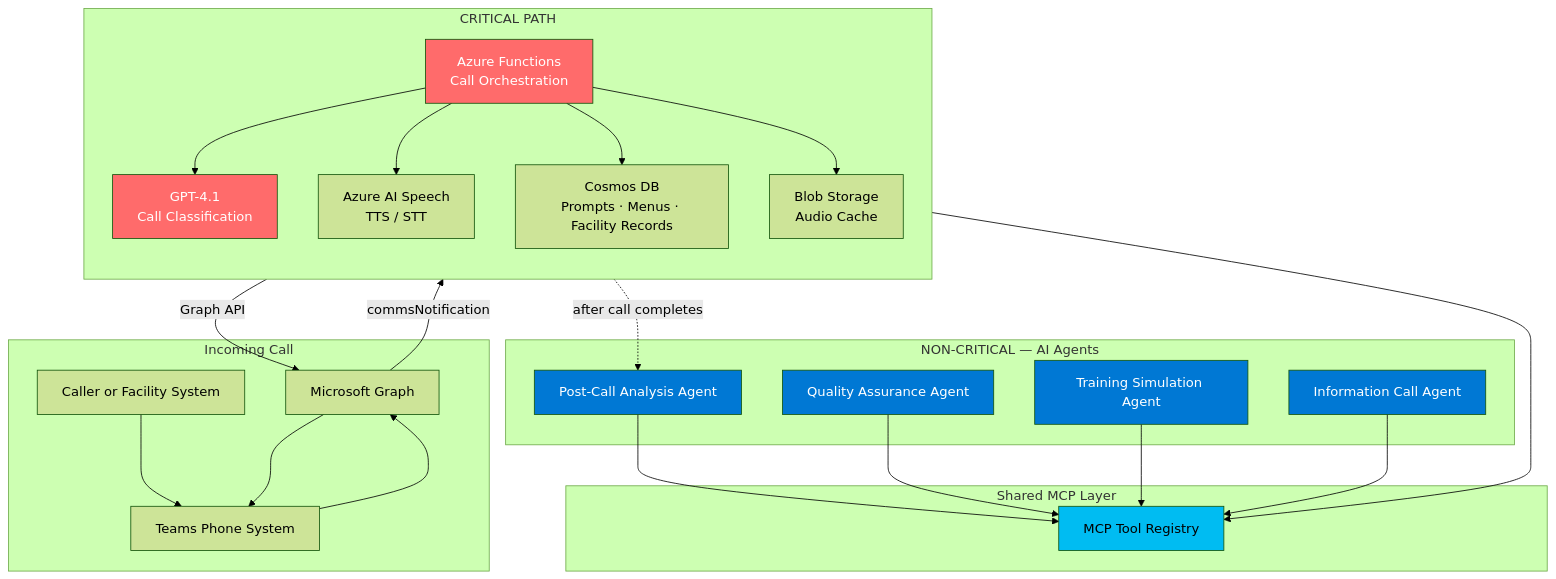
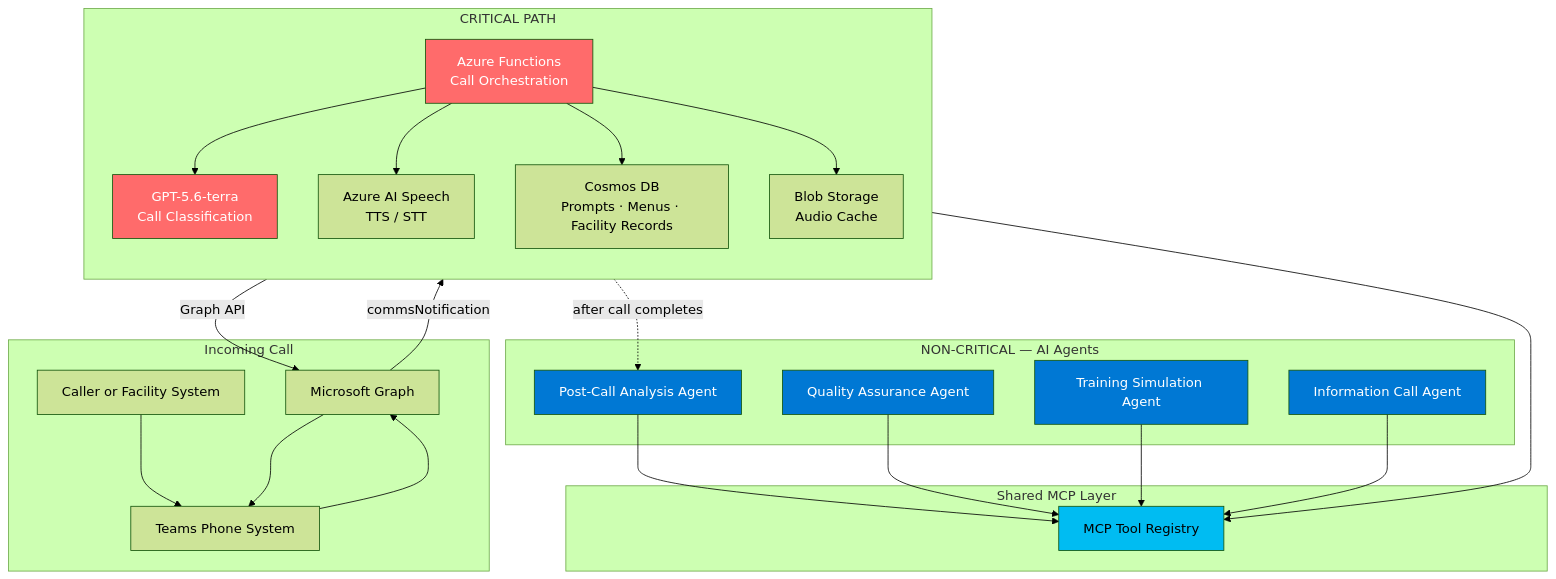
One commit to wtomaz808/e611-IVR changed the sixth of 6 diagrams in docs/AI-MCP-agentic-config.md. Above: the diagram before and after it, drawn with Mermaid (forest theme). The commit also changed other lines of this file and 12 other files, not shown here.

````diff
--- a/docs/AI-MCP-agentic-config.md
+++ b/docs/AI-MCP-agentic-config.md
@@ -473,52 +473,52 @@
 ```mermaid
 graph TB
     subgraph "Incoming Call"
         Caller[Caller or Facility System]
         Teams2[Teams Phone System]
         Graph2[Microsoft Graph]
     end
 
     subgraph "CRITICAL PATH"
         direction TB
         Func2[Azure Functions\nCall Orchestration]
-        GPT2[GPT-4.1\nCall Classification]
+        GPT2[GPT-5.6-terra\nCall Classification]
         DB2[Cosmos DB\nPrompts · Menus · Facility Records]
         Blob2[Blob Storage\nAudio Cache]
         Speech2[Azure AI Speech\nTTS / STT]
         style Func2 fill:#FF6B6B,color:#fff
         style GPT2 fill:#FF6B6B,color:#fff
     end
 
     subgraph "NON-CRITICAL — AI Agents"
         PostAgent[Post-Call Analysis Agent]
         QAAgent[Quality Assurance Agent]
         TrainAgent[Training Simulation Agent]
         InfoAgent[Information Call Agent]
         style PostAgent fill:#0078D4,color:#fff
         style QAAgent fill:#0078D4,color:#fff
         style TrainAgent fill:#0078D4,color:#fff
         style InfoAgent fill:#0078D4,color:#fff
     end
 
     subgraph "Shared MCP Layer"
         MCP2[MCP Tool Registry]
         style MCP2 fill:#00BCF2,color:#000
     end
 
     Caller --> Teams2
     Teams2 --> Graph2
     Graph2 -->|commsNotification| Func2
     Func2 --> GPT2
     Func2 --> Speech2
     Func2 --> DB2
     Func2 --> Blob2
     Func2 --> MCP2
     Func2 -->|Graph API| Graph2
     Graph2 --> Teams2
 
     Func2 -.after call completes.-> PostAgent
     PostAgent --> MCP2
     QAAgent --> MCP2
     TrainAgent --> MCP2
     InfoAgent --> MCP2
 ```
````
